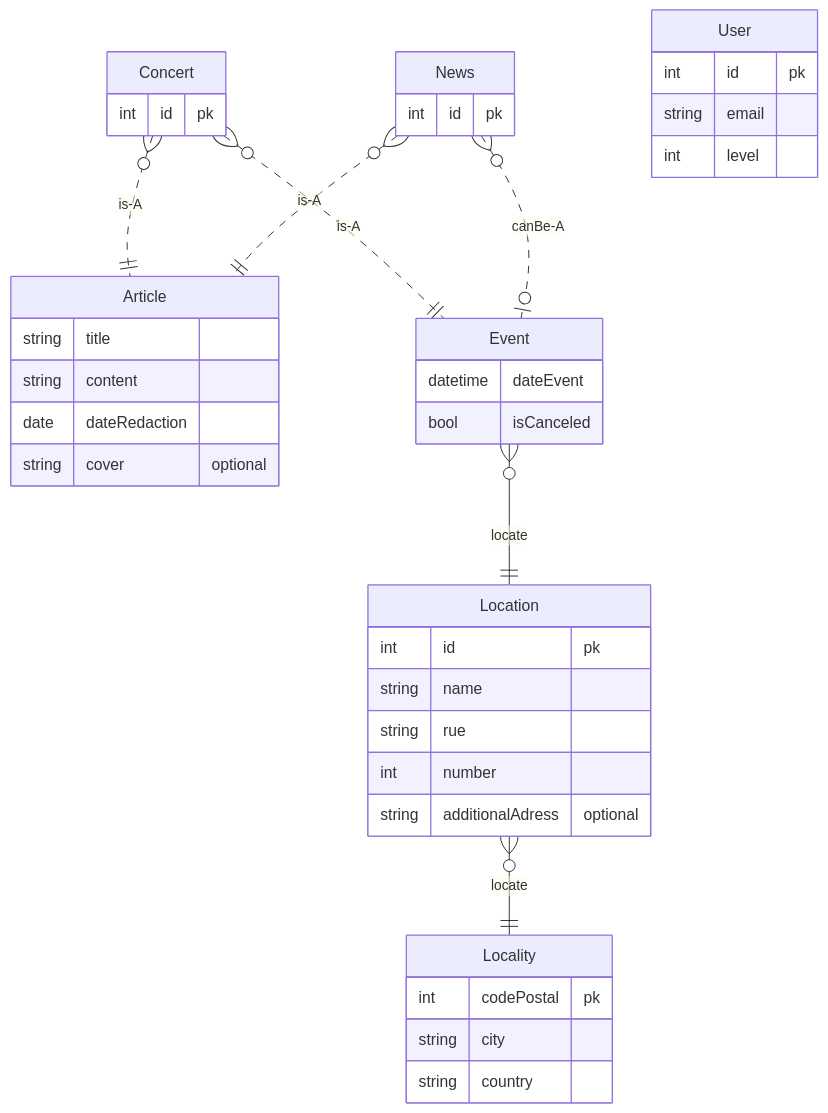
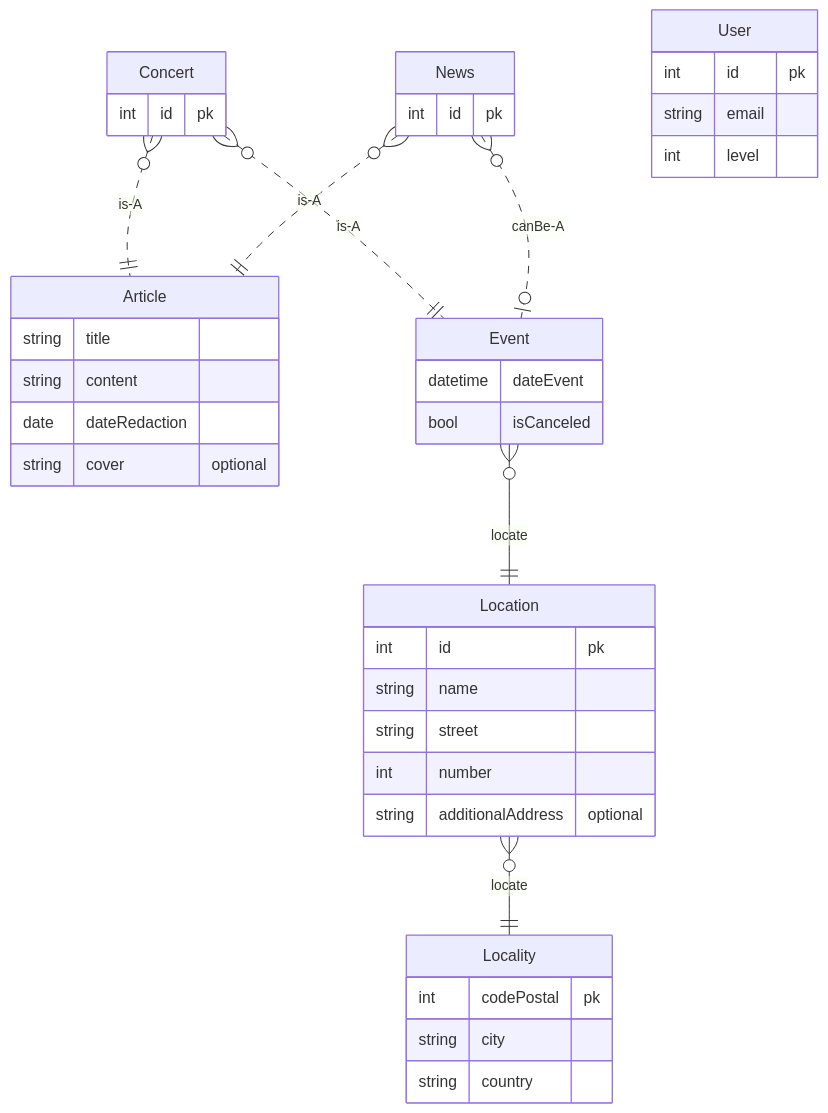
Before and after one commit to JBLNgithub/stockemoise-backend: the second of 2 diagrams in diagrams.md, drawn with Mermaid. The commit also changed 8 other files, not shown here.

````diff
--- a/diagrams.md
+++ b/diagrams.md
@@ -65,51 +65,51 @@
 ```mermaid
 erDiagram
 
         Concert {
             int id "pk"
         }
 
         News {
             int id "pk"
         }
 
         Article {
             string title
             string content
             date dateRedaction
             string cover "optional"
         }
         
         Event {
             datetime dateEvent
             bool isCanceled
         }
 
         Location {
             int id "pk"
             string name
-            string rue
+            string street
             int number
-            string additionalAdress "optional"
+            string additionalAddress "optional"
         }
 
         Locality {
             int codePostal "pk"
             string city
             string country
         }
 
         Concert }o..|| Article : is-A
         News }o..|| Article : is-A
         Concert }o..|| Event : is-A
         News }o..o| Event : canBe-A
         Event }o--|| Location : locate
         Location }o--|| Locality : locate
 
         User {
             int id "pk"
             string email
             int level
         }
 
 ```
````
